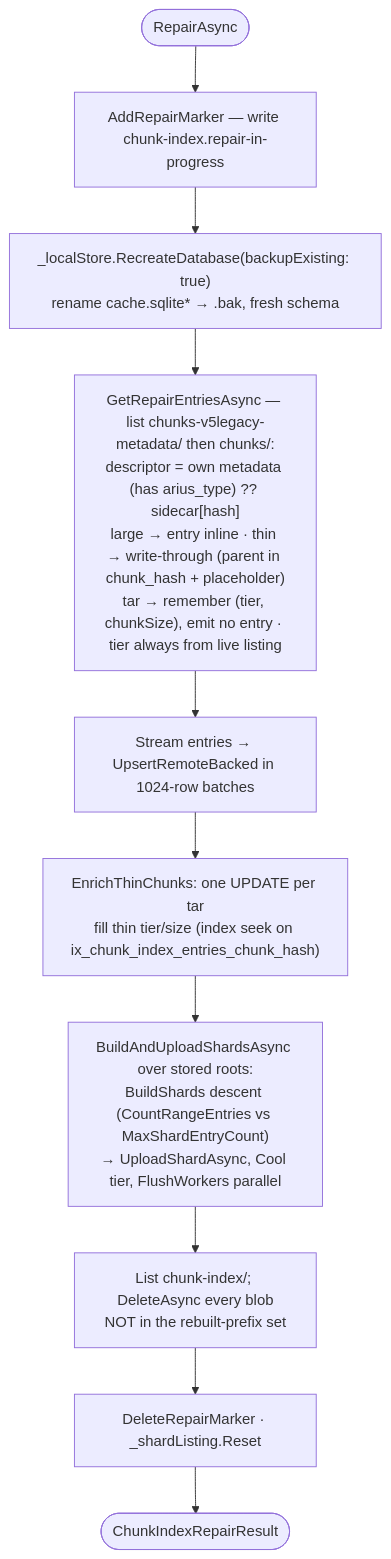
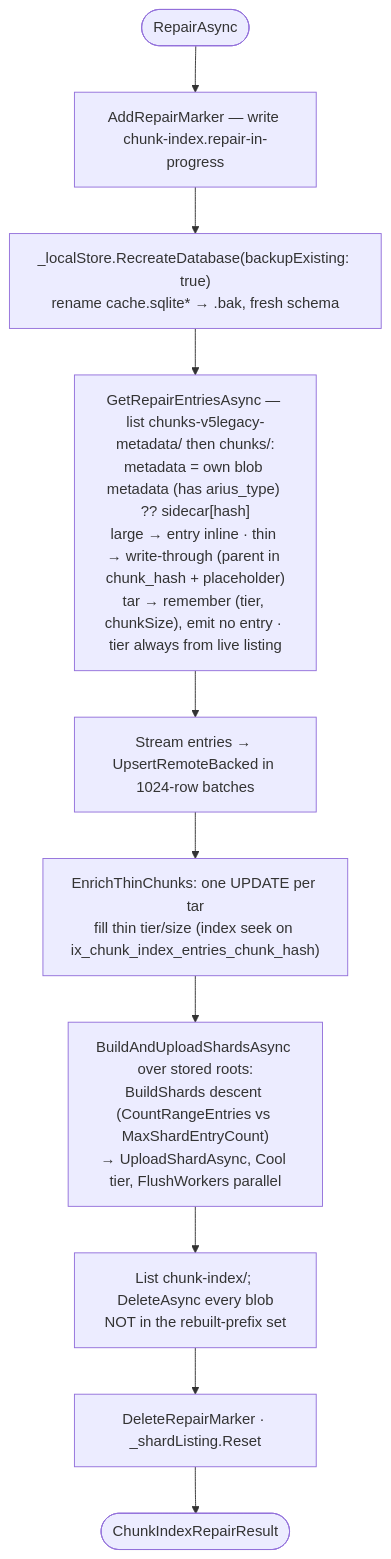
The diagram in docs/design/core/features/repair-chunk-index.md (woutervanranst/Arius7), drawn with Mermaid before and after one commit. The commit also changed other lines of this file and 8 other files, not shown here.

Commit message:
chore: update descriptor > metadata

````diff
--- a/docs/design/core/features/repair-chunk-index.md
+++ b/docs/design/core/features/repair-chunk-index.md
@@ -13,12 +13,12 @@
 ```mermaid
 flowchart TD
     start([RepairAsync]) --> marker[AddRepairMarker — write chunk-index.repair-in-progress]
     marker --> recreate["_localStore.RecreateDatabase(backupExisting: true)<br/>rename cache.sqlite* → .bak, fresh schema"]
-    recreate --> list["GetRepairEntriesAsync — list chunks-v5legacy-metadata/ then chunks/:<br/>descriptor = own metadata (has arius_type) ?? sidecar[hash]<br/>large → entry inline · thin → write-through (parent in chunk_hash + placeholder)<br/>tar → remember (tier, chunkSize), emit no entry · tier always from live listing"]
+    recreate --> list["GetRepairEntriesAsync — list chunks-v5legacy-metadata/ then chunks/:<br/>metadata = own blob metadata (has arius_type) ?? sidecar[hash]<br/>large → entry inline · thin → write-through (parent in chunk_hash + placeholder)<br/>tar → remember (tier, chunkSize), emit no entry · tier always from live listing"]
     list --> stage["Stream entries → UpsertRemoteBacked in 1024-row batches"]
     stage --> enrich["EnrichThinChunks: one UPDATE per tar<br/>fill thin tier/size (index seek on ix_chunk_index_entries_chunk_hash)"]
     enrich --> build["BuildAndUploadShardsAsync over stored roots:<br/>BuildShards descent (CountRangeEntries vs MaxShardEntryCount)<br/>→ UploadShardAsync, Cool tier, FlushWorkers parallel"]
     build --> delete["List chunk-index/; DeleteAsync every blob<br/>NOT in the rebuilt-prefix set"]
     delete --> clear[DeleteRepairMarker · _shardListing.Reset]
     clear --> done([ChunkIndexRepairResult])
 ```
````
